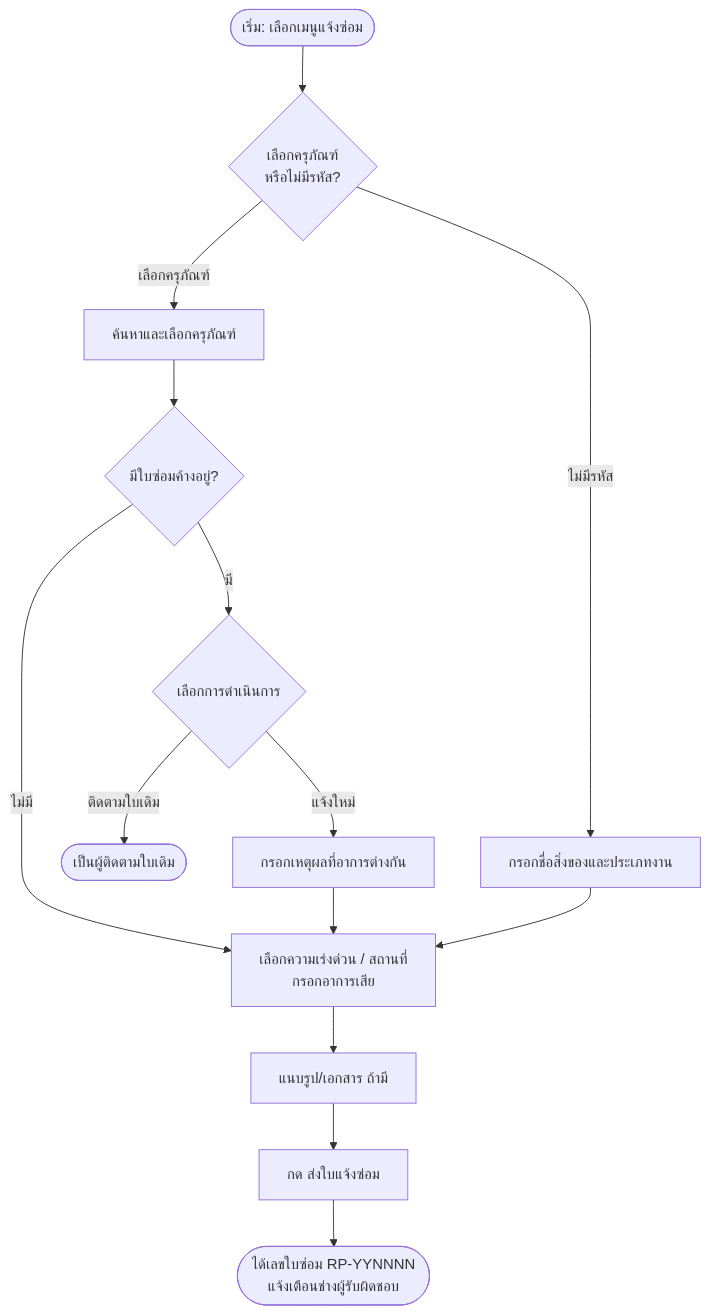
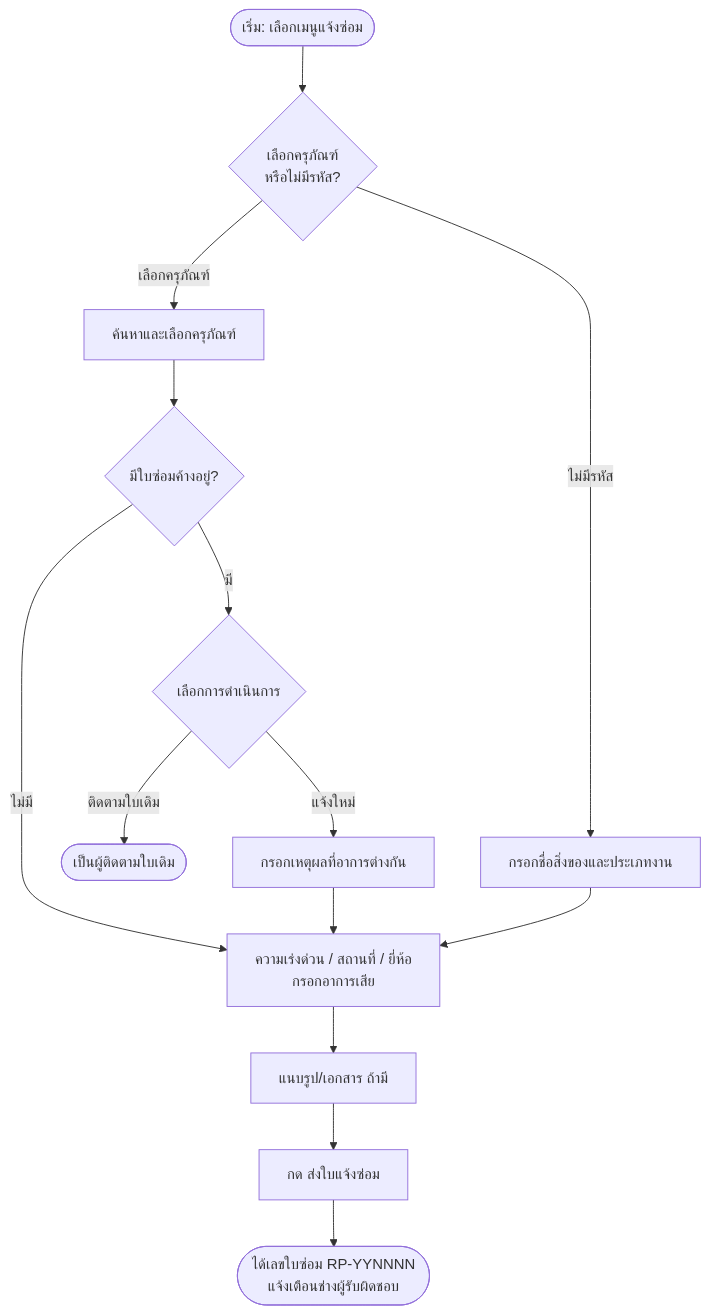
The first of 5 diagrams in USER_MANUAL.md (Tongpatniti/hospital-suite-intern), drawn with Mermaid before and after one commit. The commit also changed other lines of this file and 24 other files, not shown here.

````diff
--- a/USER_MANUAL.md
+++ b/USER_MANUAL.md
@@ -119,15 +139,15 @@
 ```mermaid
 flowchart TD
     A([เริ่ม: เลือกเมนูแจ้งซ่อม]) --> B{เลือกครุภัณฑ์<br/>หรือไม่มีรหัส?}
     B -- เลือกครุภัณฑ์ --> C[ค้นหาและเลือกครุภัณฑ์]
     B -- ไม่มีรหัส --> D[กรอกชื่อสิ่งของและประเภทงาน]
     C --> E{มีใบซ่อมค้างอยู่?}
-    D --> F[เลือกความเร่งด่วน / สถานที่<br/>กรอกอาการเสีย]
-    E -- ไม่มี --> F[เลือกความเร่งด่วน / สถานที่<br/>กรอกอาการเสีย]
+    D --> F[ความเร่งด่วน / สถานที่ / ยี่ห้อ<br/>กรอกอาการเสีย]
+    E -- ไม่มี --> F
     E -- มี --> G{เลือกการดำเนินการ}
     G -- ติดตามใบเดิม --> H([เป็นผู้ติดตามใบเดิม])
     G -- แจ้งใหม่ --> I[กรอกเหตุผลที่อาการต่างกัน] --> F
     F --> J[แนบรูป/เอกสาร ถ้ามี]
     J --> K[กด ส่งใบแจ้งซ่อม]
     K --> L([ได้เลขใบซ่อม RP-YYNNNN<br/>แจ้งเตือนช่างผู้รับผิดชอบ])
 ```
````
